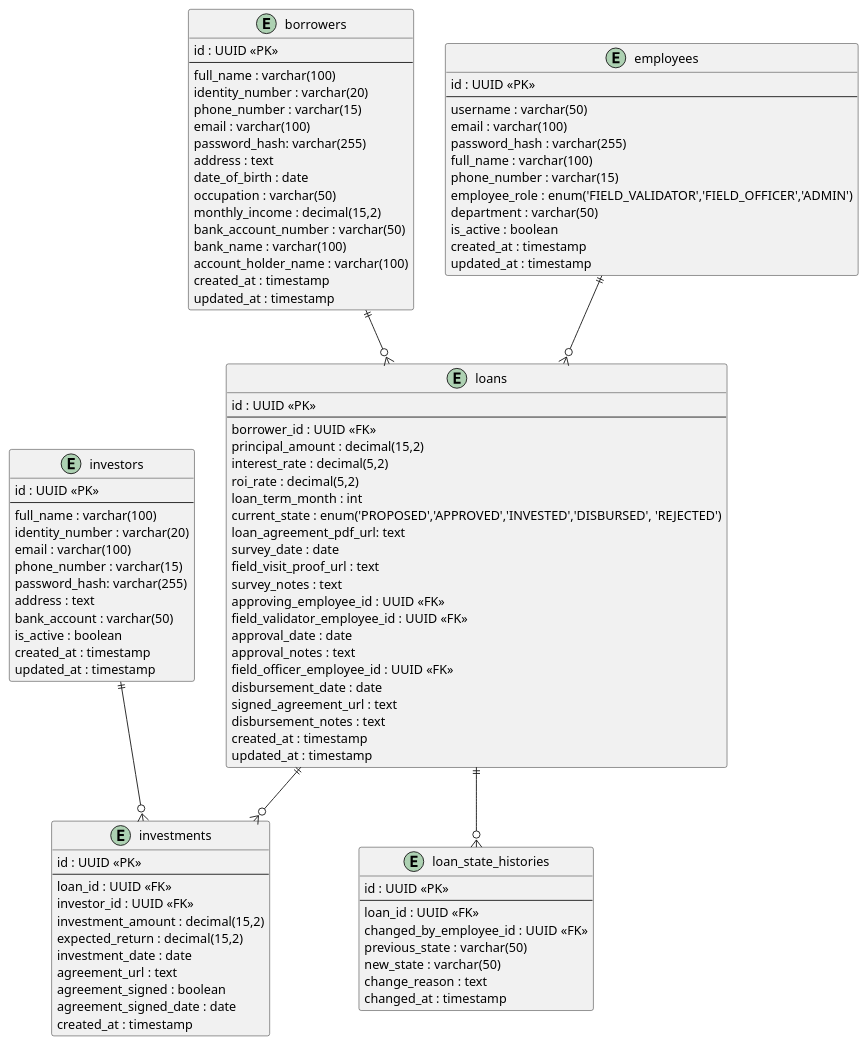
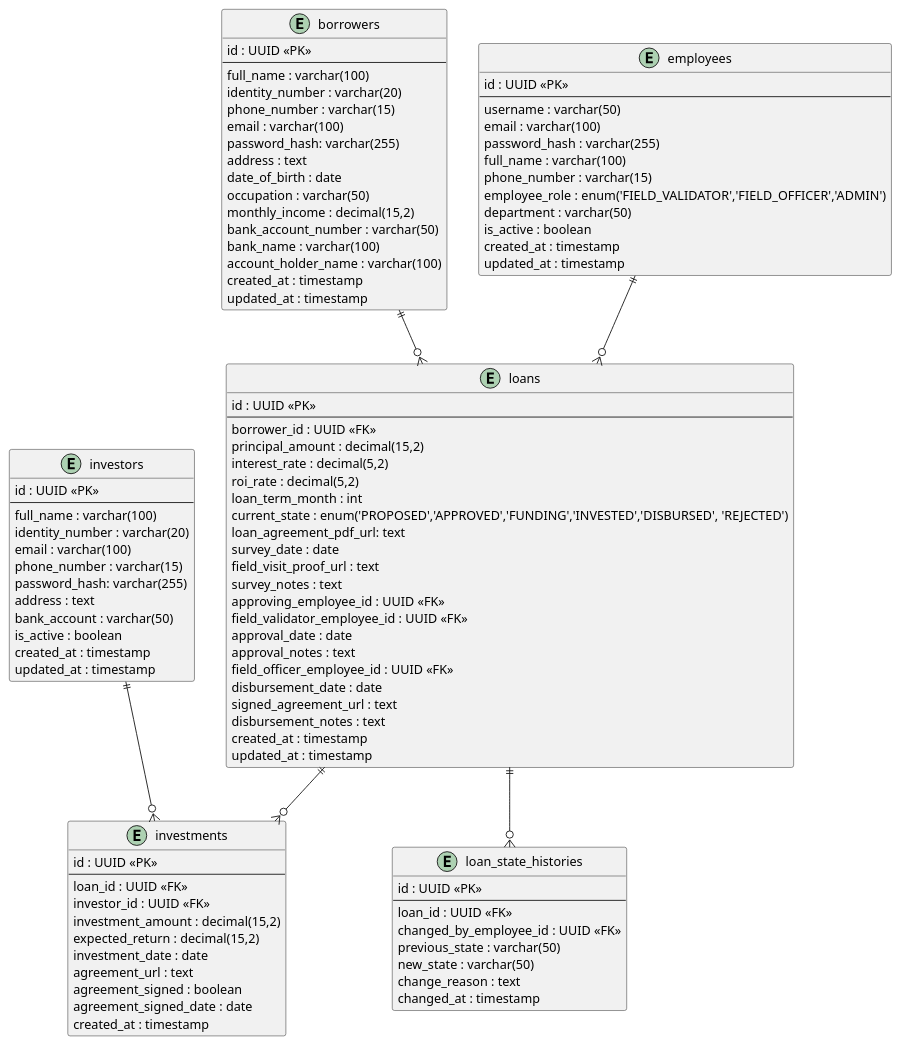
The diagram in doc/diagram/erd.plantuml (fajarAnd/loan-engine), drawn with PlantUML before and after one commit. The commit also changed 4 other files, not shown here.

```diff
--- a/doc/diagram/erd.plantuml
+++ b/doc/diagram/erd.plantuml
@@ -1,108 +1,108 @@
 @startuml loan_engine_simplified_erd
 
 entity "borrowers" as borrower {
   id : UUID <<PK>>
   --
   full_name : varchar(100)
   identity_number : varchar(20)
   phone_number : varchar(15)
   email : varchar(100)
   password_hash: varchar(255)
   address : text
   date_of_birth : date
   occupation : varchar(50)
   monthly_income : decimal(15,2)
   bank_account_number : varchar(50)
   bank_name : varchar(100)
   account_holder_name : varchar(100)
   created_at : timestamp
   updated_at : timestamp
 }
 
 entity "loans" as loan {
   id : UUID <<PK>>
   --
   borrower_id : UUID <<FK>>
   principal_amount : decimal(15,2)
   interest_rate : decimal(5,2)
   roi_rate : decimal(5,2)
   loan_term_month : int
-  current_state : enum('PROPOSED','APPROVED','INVESTED','DISBURSED', 'REJECTED')
+  current_state : enum('PROPOSED','APPROVED','FUNDING','INVESTED','DISBURSED', 'REJECTED')
   loan_agreement_pdf_url: text
   survey_date : date
   field_visit_proof_url : text
   survey_notes : text
   approving_employee_id : UUID <<FK>>
   field_validator_employee_id : UUID <<FK>>
   approval_date : date
   approval_notes : text
   field_officer_employee_id : UUID <<FK>>
   disbursement_date : date
   signed_agreement_url : text
   disbursement_notes : text
   created_at : timestamp
   updated_at : timestamp
 }
 
 entity "investments" as investment {
   id : UUID <<PK>>
   --
   loan_id : UUID <<FK>>
   investor_id : UUID <<FK>>
   investment_amount : decimal(15,2)
   expected_return : decimal(15,2)
   investment_date : date
   agreement_url : text
   agreement_signed : boolean
   agreement_signed_date : date
   created_at : timestamp
 }
 
 entity "employees" as employee {
   id : UUID <<PK>>
   --
   username : varchar(50)
   email : varchar(100)
   password_hash : varchar(255)
   full_name : varchar(100)
   phone_number : varchar(15)
   employee_role : enum('FIELD_VALIDATOR','FIELD_OFFICER','ADMIN')
   department : varchar(50)
   is_active : boolean
   created_at : timestamp
   updated_at : timestamp
 }
 
 entity "investors" as investor {
   id : UUID <<PK>>
   --
   full_name : varchar(100)
   identity_number : varchar(20)
   email : varchar(100)
   phone_number : varchar(15)
   password_hash: varchar(255)
   address : text
   bank_account : varchar(50)
   is_active : boolean
   created_at : timestamp
   updated_at : timestamp
 }
 
 entity "loan_state_histories" as state_history {
   id : UUID <<PK>>
   --
   loan_id : UUID <<FK>>
   changed_by_employee_id : UUID <<FK>>
   previous_state : varchar(50)
   new_state : varchar(50)
   change_reason : text
   changed_at : timestamp
 }
 
 borrower ||--o{ loan
 loan ||--o{ investment
 loan ||--o{ state_history
 employee ||--o{ loan
 investor ||--o{ investment
 
 @enduml
```
